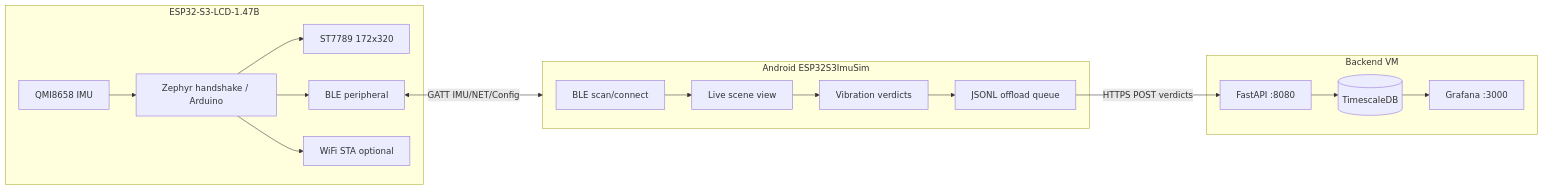
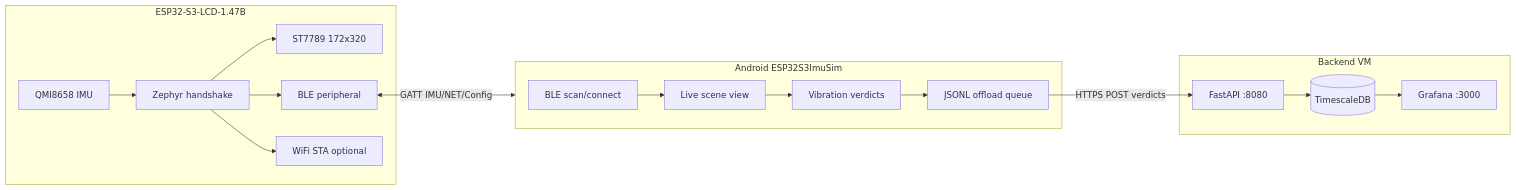
Before and after one commit to f0xx/esp32-s3-good-vibes: the diagram in docs/architecture.md, drawn with Mermaid. The commit also changed other lines of this file and 266 other files, not shown here.

````diff
--- a/docs/architecture.md
+++ b/docs/architecture.md
@@ -7,34 +7,34 @@
 ```mermaid
 flowchart LR
   subgraph board [ESP32-S3-LCD-1.47B]
     IMU[QMI8658 IMU]
     TFT[ST7789 172x320]
     BLE[BLE peripheral]
     WIFI[WiFi STA optional]
-    IMU --> FW[Zephyr handshake / Arduino]
+    IMU --> FW[Zephyr handshake]
     FW --> TFT
     FW --> BLE
     FW --> WIFI
   end
 
   subgraph phone [Android ESP32S3ImuSim]
     SCAN[BLE scan/connect]
     SCENE[Live scene view]
     VIBRO[Vibration verdicts]
     OFFLOAD[JSONL offload queue]
     SCAN --> SCENE
     SCENE --> VIBRO
     VIBRO --> OFFLOAD
   end
 
   subgraph cloud [Backend VM]
     API[FastAPI :8080]
     DB[(TimescaleDB)]
     GRAF[Grafana :3000]
     API --> DB
     DB --> GRAF
   end
 
   BLE <-->|GATT IMU/NET/Config| phone
   OFFLOAD -->|HTTPS POST verdicts| API
 ```
````
